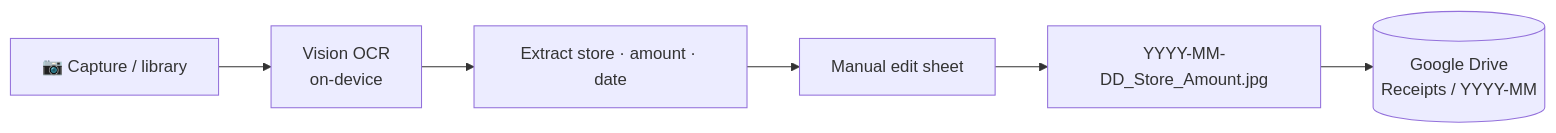
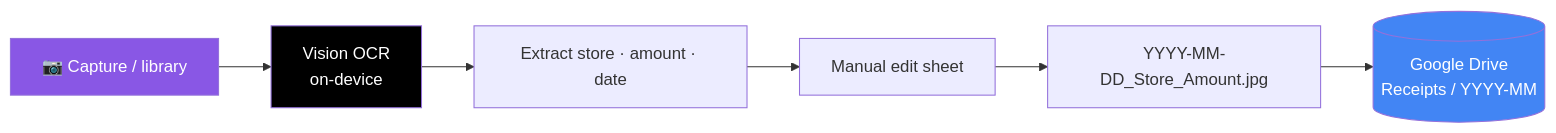
One commit to vivekreddy/vivekreddy changed the third of 4 diagrams in README.md. Above: the diagram before and after it, drawn with Mermaid. The commit also changed other lines of this file and 1 other file, not shown here.

````diff
--- a/README.md
+++ b/README.md
@@ -129,8 +176,12 @@
 ```mermaid
 flowchart LR
     CAM["📷 Capture / library"] --> OCR["Vision OCR<br/>on-device"]
     OCR --> EX["Extract store · amount · date"]
     EX --> ED["Manual edit sheet"]
     ED --> FN["YYYY-MM-DD_Store_Amount.jpg"]
     FN --> GD[("Google Drive<br/>Receipts / YYYY-MM")]
+
+    style CAM fill:#8957e5,color:#fff
+    style OCR fill:#000000,color:#fff
+    style GD fill:#4285F4,color:#fff
 ```
````
